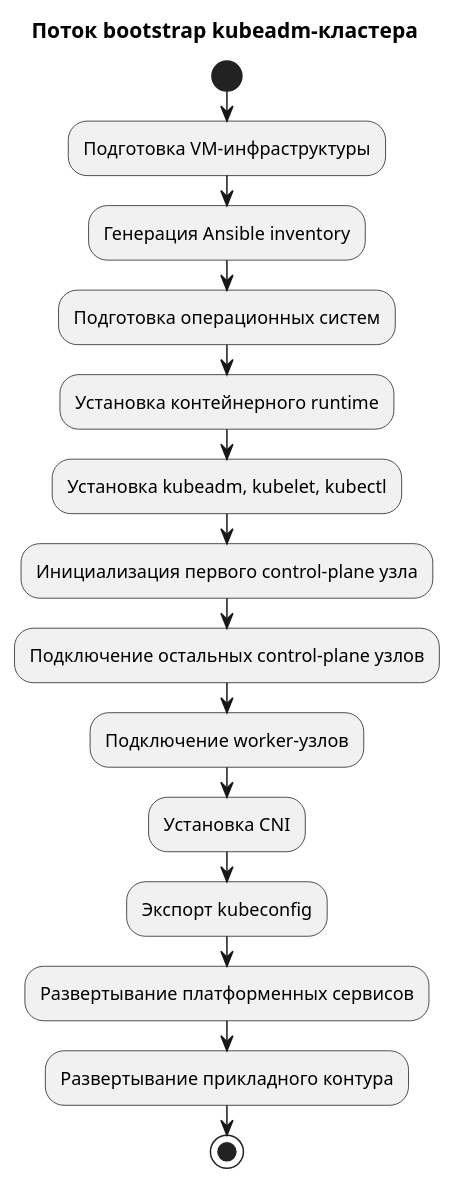
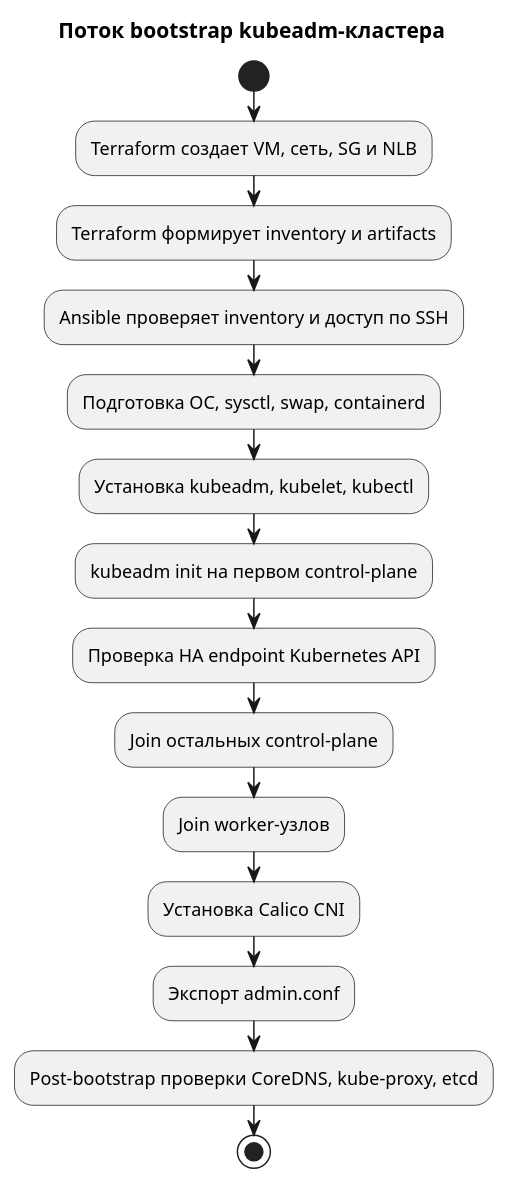
One commit to BryanskPartizan/mdp-deployment-kit changed the diagram in deployment-kit/diagrams/kubeadm-bootstrap-flow.puml. Above: the diagram before and after it, drawn with PlantUML. The commit also changed 90 other files, not shown here.

```diff
--- a/deployment-kit/diagrams/kubeadm-bootstrap-flow.puml
+++ b/deployment-kit/diagrams/kubeadm-bootstrap-flow.puml
@@ -1,17 +1,18 @@
 @startuml
 title Поток bootstrap kubeadm-кластера
+skinparam shadowing false
 start
-:Подготовка VM-инфраструктуры;
-:Генерация Ansible inventory;
-:Подготовка операционных систем;
-:Установка контейнерного runtime;
+:Terraform создает VM, сеть, SG и NLB;
+:Terraform формирует inventory и artifacts;
+:Ansible проверяет inventory и доступ по SSH;
+:Подготовка ОС, sysctl, swap, containerd;
 :Установка kubeadm, kubelet, kubectl;
-:Инициализация первого control-plane узла;
-:Подключение остальных control-plane узлов;
-:Подключение worker-узлов;
-:Установка CNI;
-:Экспорт kubeconfig;
-:Развертывание платформенных сервисов;
-:Развертывание прикладного контура;
+:kubeadm init на первом control-plane;
+:Проверка HA endpoint Kubernetes API;
+:Join остальных control-plane;
+:Join worker-узлов;
+:Установка Calico CNI;
+:Экспорт admin.conf;
+:Post-bootstrap проверки CoreDNS, kube-proxy, etcd;
 stop
 @enduml
```
